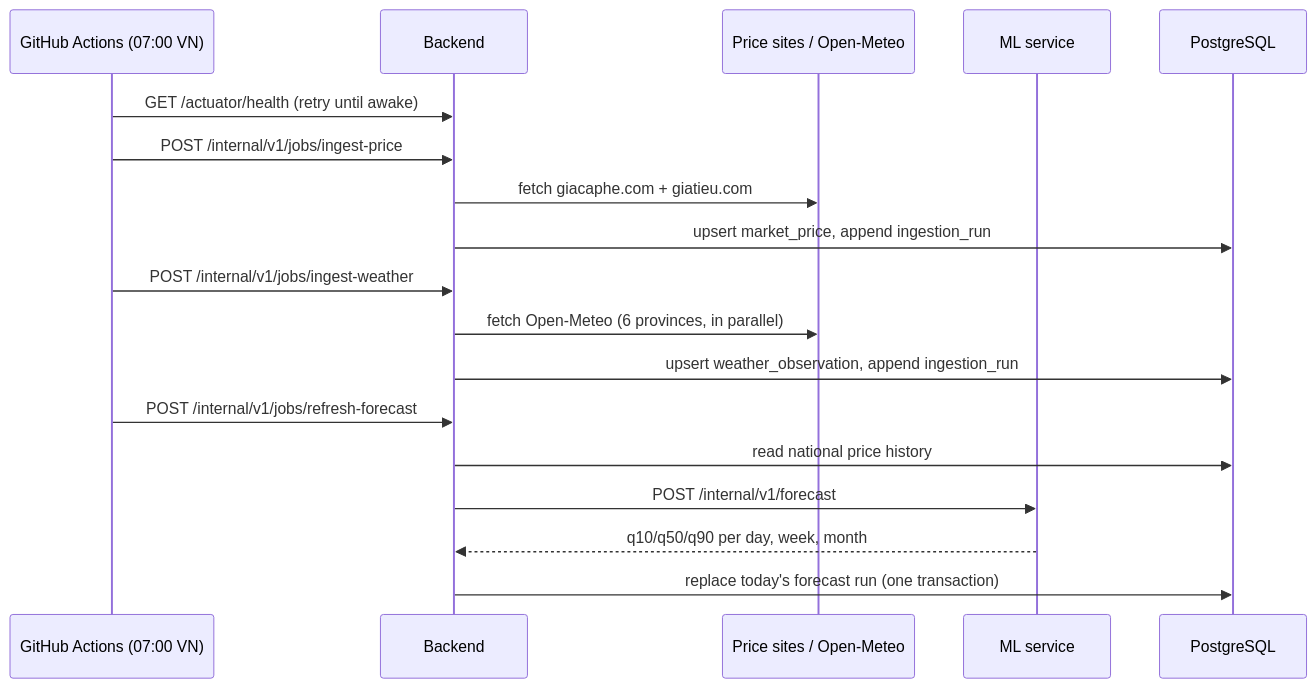
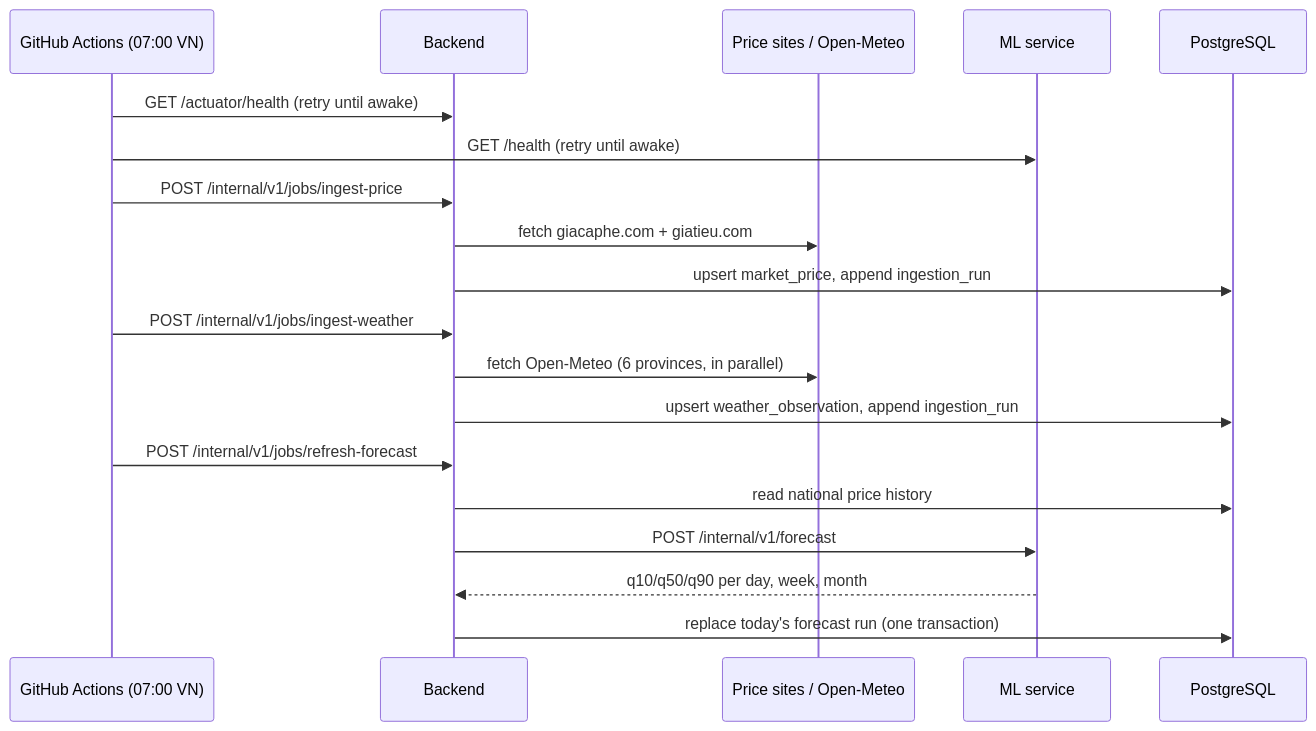
The first of 2 diagrams in docs/requirements.md (DungK5UIT/Pepper-Price-Forecasting-PlatForm), drawn with Mermaid before and after one commit. The commit also changed other lines of this file and 2 other files, not shown here.

````diff
--- a/docs/requirements.md
+++ b/docs/requirements.md
@@ -42,20 +42,21 @@
 ```mermaid
 sequenceDiagram
     participant GA as GitHub Actions (07:00 VN)
     participant BE as Backend
     participant SRC as Price sites / Open-Meteo
     participant ML as ML service
     participant DB as PostgreSQL
     GA->>BE: GET /actuator/health (retry until awake)
+    GA->>ML: GET /health (retry until awake)
     GA->>BE: POST /internal/v1/jobs/ingest-price
     BE->>SRC: fetch giacaphe.com + giatieu.com
     BE->>DB: upsert market_price, append ingestion_run
     GA->>BE: POST /internal/v1/jobs/ingest-weather
     BE->>SRC: fetch Open-Meteo (6 provinces, in parallel)
     BE->>DB: upsert weather_observation, append ingestion_run
     GA->>BE: POST /internal/v1/jobs/refresh-forecast
     BE->>DB: read national price history
     BE->>ML: POST /internal/v1/forecast
     ML-->>BE: q10/q50/q90 per day, week, month
     BE->>DB: replace today's forecast run (one transaction)
 ```
````
